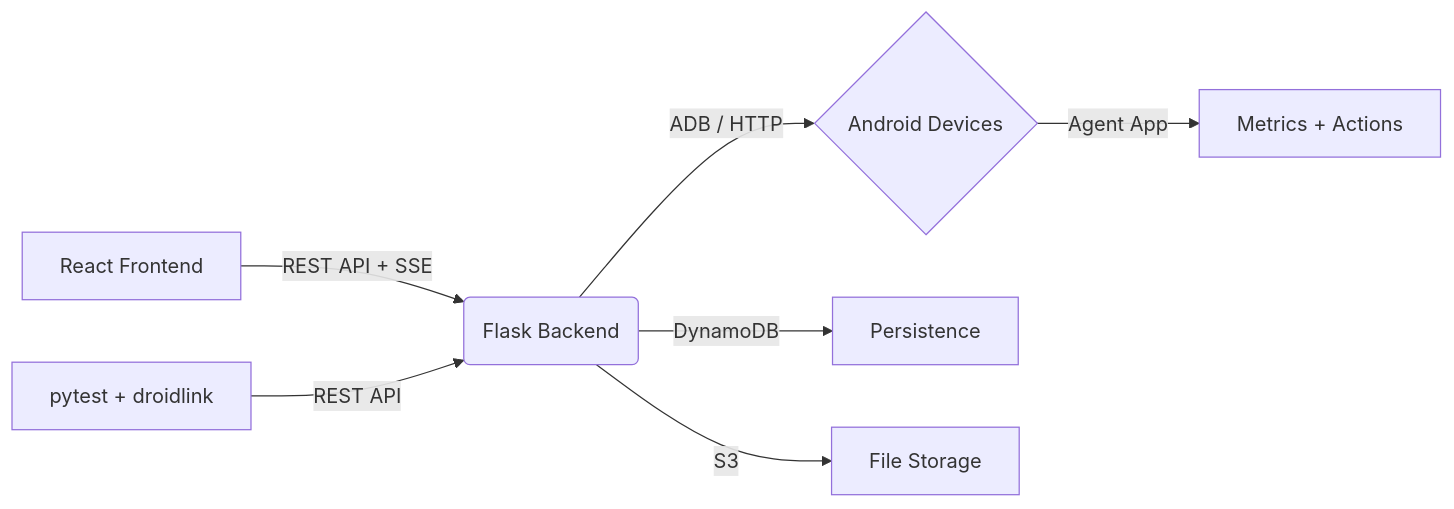
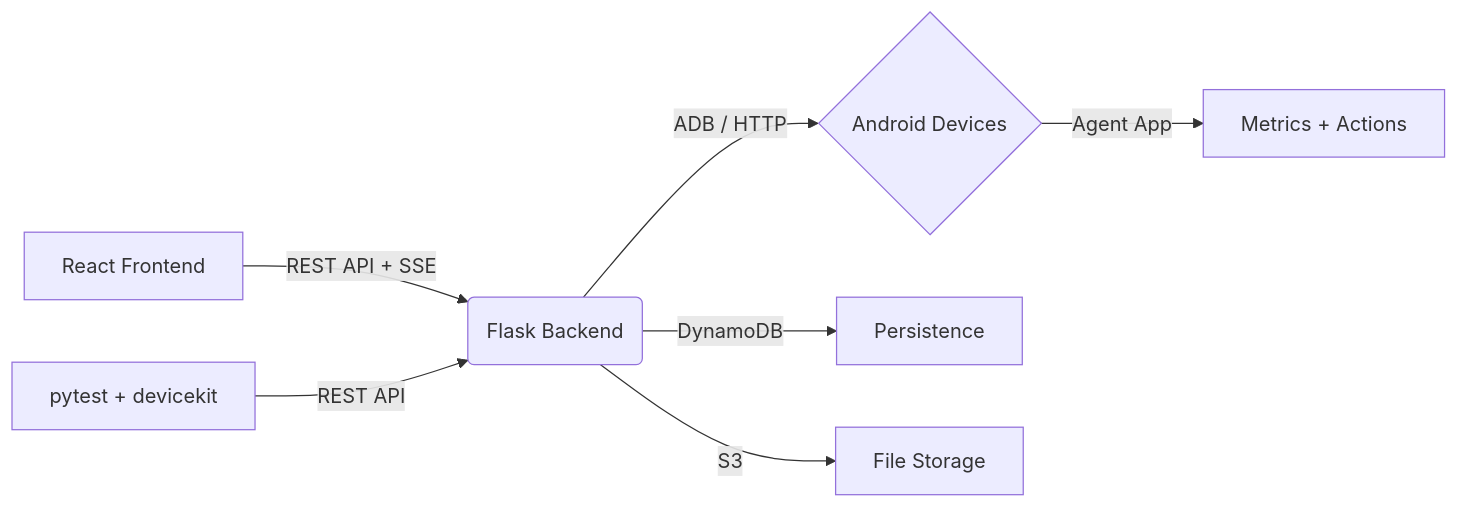
One commit to jhd3197/DeviceKit changed the diagram in README.md. Above: the diagram before and after it, drawn with Mermaid. The commit also changed other lines of this file and 35 other files, not shown here.

First line of the commit message:
Rename droidlink to devicekit Python package

````diff
--- a/README.md
+++ b/README.md
@@ -242,9 +242,9 @@
 ```mermaid
 graph LR
     A[React Frontend] -->|REST API + SSE| B(Flask Backend)
     B -->|ADB / HTTP| C{Android Devices}
     C -->|Agent App| D[Metrics + Actions]
     B -->|DynamoDB| E[Persistence]
     B -->|S3| F[File Storage]
-    G[pytest + droidlink] -->|REST API| B
+    G[pytest + devicekit] -->|REST API| B
 ```
````
